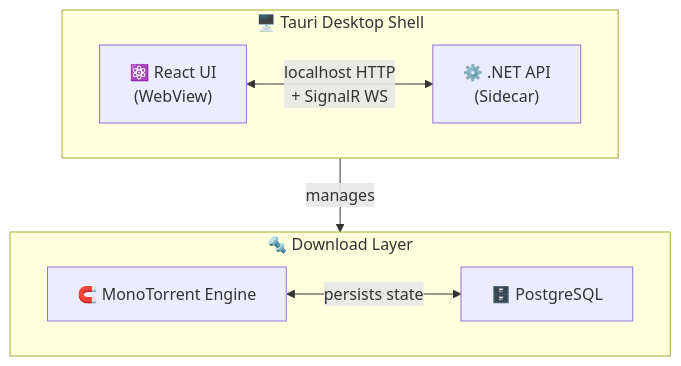
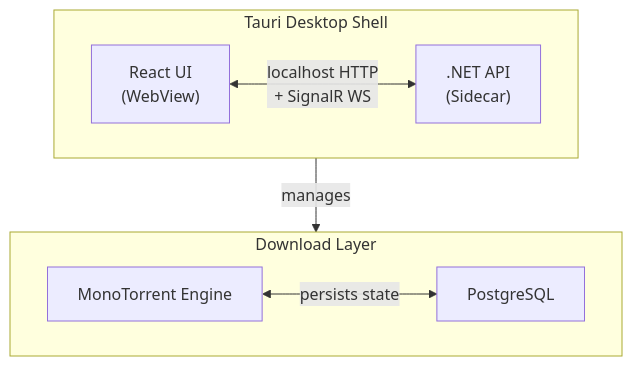
The diagram in README.md (Kampila45/HarborTorrent), drawn with Mermaid before and after one commit.

Commit message:
docs: remove emojis from architecture diagram

````diff
--- a/README.md
+++ b/README.md
@@ -41,17 +41,17 @@
 ```mermaid
 flowchart TB
-    subgraph Tauri["🖥️ Tauri Desktop Shell"]
+    subgraph Tauri["Tauri Desktop Shell"]
         direction LR
-        UI["⚛️ React UI\n(WebView)"]
-        API["⚙️ .NET API\n(Sidecar)"]
+        UI["React UI\n(WebView)"]
+        API[".NET API\n(Sidecar)"]
         UI <-->|"localhost HTTP\n+ SignalR WS"| API
     end
 
     API -->|"manages"| Engine
 
-    subgraph Engine["🔩 Download Layer"]
-        MT["🧲 MonoTorrent Engine"]
-        DB["🗄️ PostgreSQL"]
+    subgraph Engine["Download Layer"]
+        MT["MonoTorrent Engine"]
+        DB["PostgreSQL"]
         MT <-->|"persists state"| DB
     end
 ```
````
